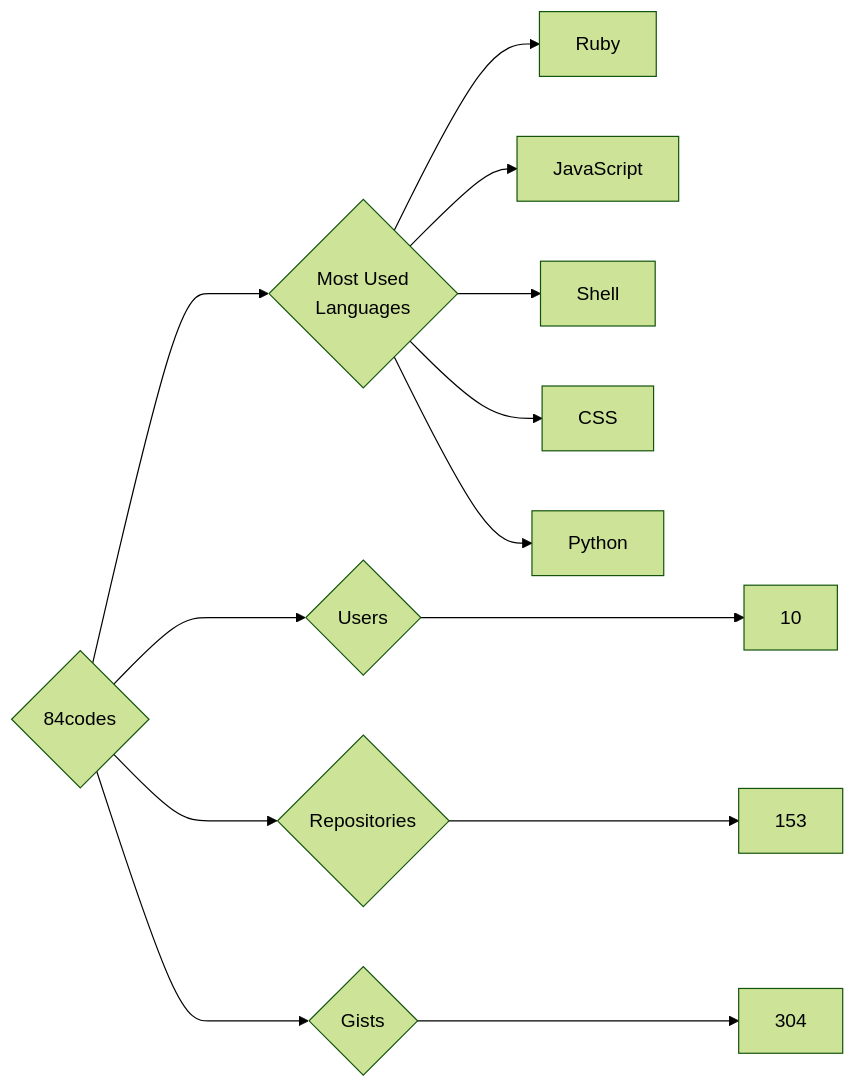
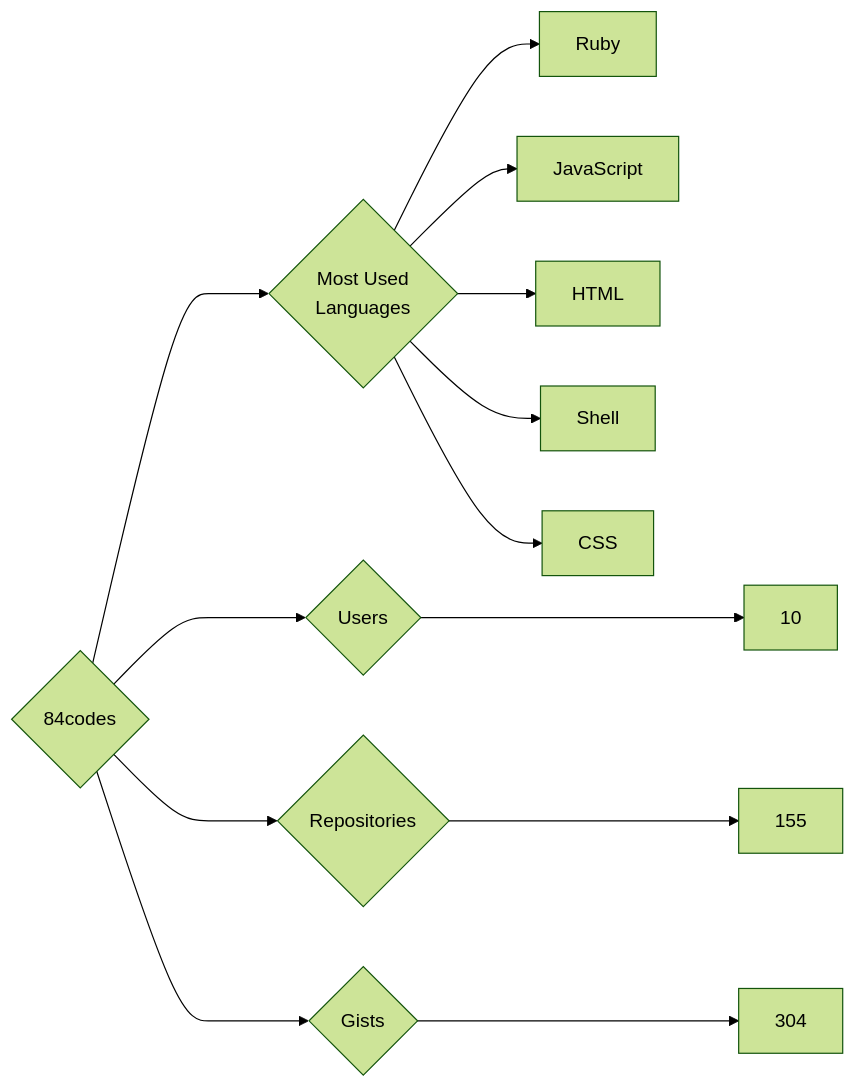
One commit to trickest/insiders changed the diagram in targets/84codes/README.md. Above: the diagram before and after it, drawn with Mermaid (forest theme). The commit also changed 934 other files, not shown here.

````diff
--- a/targets/84codes/README.md
+++ b/targets/84codes/README.md
@@ -3,13 +3,13 @@
 ```mermaid
 graph LR
 COMPANY_NAME{84codes}
 COMPANY_NAME ---> U{Users} ---> UN[10]
-COMPANY_NAME ---> R{Repositories} ---> RN[153]
+COMPANY_NAME ---> R{Repositories} ---> RN[155]
 COMPANY_NAME ---> G{Gists} ---> GN[304]
 COMPANY_NAME ---> ML{Most Used<br>Languages}
 ML --> Ruby[Ruby]
 ML --> JavaScript[JavaScript]
+ML --> HTML[HTML]
 ML --> Shell[Shell]
 ML --> CSS[CSS]
-ML --> Python[Python]
 ```
````
